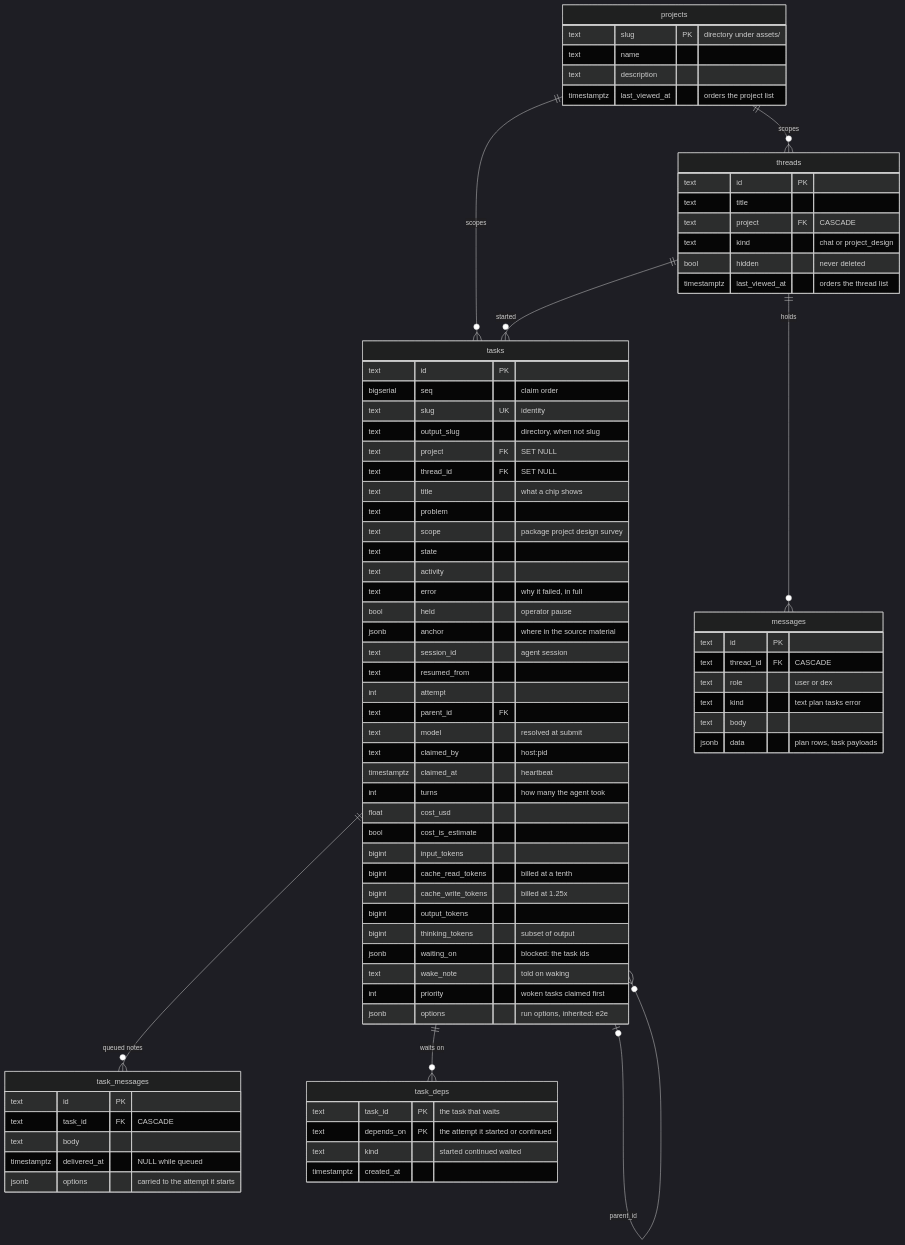
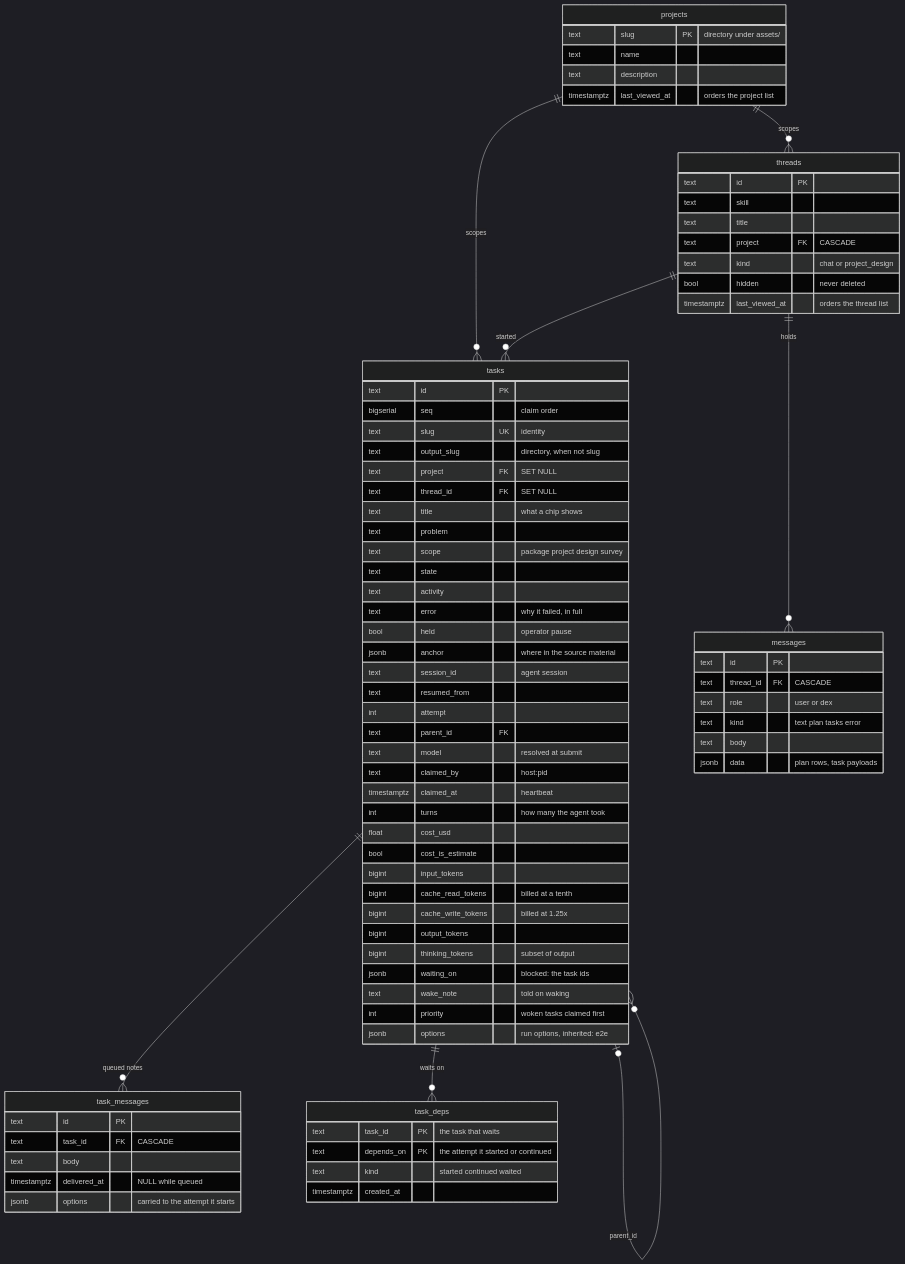
The second of 8 diagrams in design/10_data_model.md (radubools/dex), drawn with Mermaid (dark theme) before and after one commit. The commit also changed 166 other files, not shown here.

````diff
--- a/design/10_data_model.md
+++ b/design/10_data_model.md
@@ -62,81 +62,82 @@
 ```mermaid
 erDiagram
     projects ||--o{ threads : scopes
     projects ||--o{ tasks : scopes
     threads ||--o{ messages : holds
     threads ||--o{ tasks : started
     tasks ||--o{ task_messages : "queued notes"
     tasks |o--o{ tasks : parent_id
     tasks ||--o{ task_deps : "waits on"
 
     projects {
         text slug PK "directory under assets/"
         text name
         text description
         timestamptz last_viewed_at "orders the project list"
     }
     threads {
         text id PK
+        text skill
         text title
         text project FK "CASCADE"
         text kind "chat or project_design"
         bool hidden "never deleted"
         timestamptz last_viewed_at "orders the thread list"
     }
     messages {
         text id PK
         text thread_id FK "CASCADE"
         text role "user or dex"
         text kind "text plan tasks error"
         text body
         jsonb data "plan rows, task payloads"
     }
     tasks {
         text id PK
         bigserial seq "claim order"
         text slug UK "identity"
         text output_slug "directory, when not slug"
         text project FK "SET NULL"
         text thread_id FK "SET NULL"
         text title "what a chip shows"
         text problem
         text scope "package project design survey"
         text state
         text activity
         text error "why it failed, in full"
         bool held "operator pause"
         jsonb anchor "where in the source material"
         text session_id "agent session"
         text resumed_from
         int attempt
         text parent_id FK
         text model "resolved at submit"
         text claimed_by "host:pid"
         timestamptz claimed_at "heartbeat"
         int turns "how many the agent took"
         float cost_usd
         bool cost_is_estimate
         bigint input_tokens
         bigint cache_read_tokens "billed at a tenth"
         bigint cache_write_tokens "billed at 1.25x"
         bigint output_tokens
         bigint thinking_tokens "subset of output"
         jsonb waiting_on "blocked: the task ids"
         text wake_note "told on waking"
         int priority "woken tasks claimed first"
         jsonb options "run options, inherited: e2e"
     }
     task_messages {
         text id PK
         text task_id FK "CASCADE"
         text body
         timestamptz delivered_at "NULL while queued"
         jsonb options "carried to the attempt it starts"
     }
     task_deps {
         text task_id PK "the task that waits"
         text depends_on PK "the attempt it started or continued"
         text kind "started continued waited"
         timestamptz created_at
     }
 ```
````
